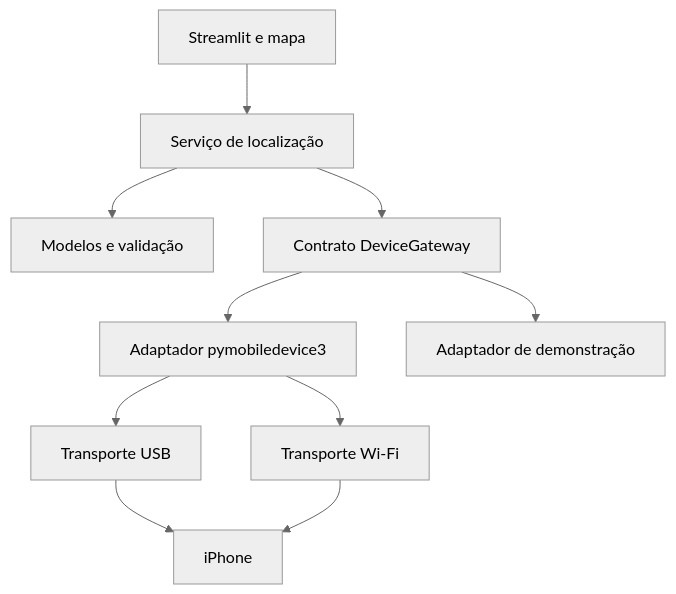
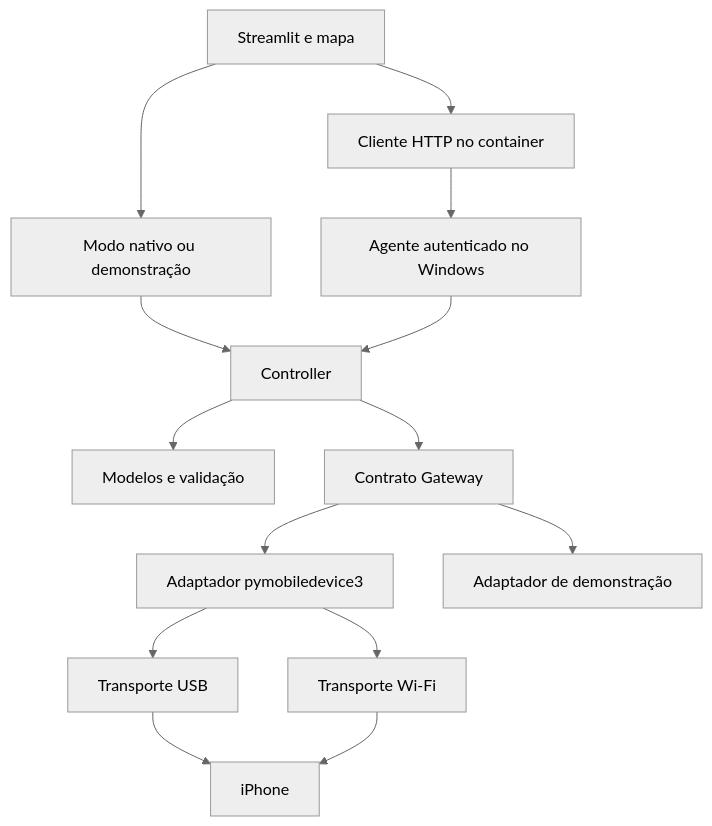
One commit to RafaelCirn3/quickmapgo changed the diagram in docs/04-arquitetura.md. Above: the diagram before and after it, drawn with Mermaid (neutral theme). The commit also changed other lines of this file and 3 other files, not shown here.

Commit message:
docs: reconcile architecture and backlog with initial implementation

````diff
--- a/docs/04-arquitetura.md
+++ b/docs/04-arquitetura.md
@@ -5,12 +5,16 @@
 ```mermaid
 flowchart TD
-    UI["Streamlit e mapa"] --> S["Serviço de localização"]
+    UI["Streamlit e mapa"] --> N["Modo nativo ou demonstração"]
+    UI --> C["Cliente HTTP no container"]
+    N --> S["Controller"]
+    C --> A["Agente autenticado no Windows"]
+    A --> S
     S --> D["Modelos e validação"]
-    S --> P["Contrato DeviceGateway"]
+    S --> P["Contrato Gateway"]
     P --> R["Adaptador pymobiledevice3"]
     P --> F["Adaptador de demonstração"]
     R --> U["Transporte USB"]
     R --> W["Transporte Wi-Fi"]
     U --> I["iPhone"]
     W --> I
 ```
````
